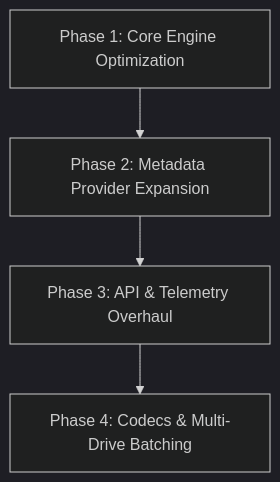
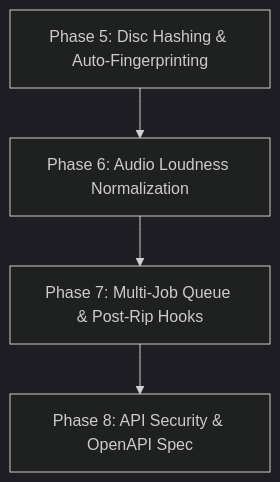
Before and after one commit to clockworkengineer/dvd-ripper: the diagram in refactor_plan.md, drawn with Mermaid (dark theme). The commit also changed other lines of this file and 4 other files, not shown here.

Commit message:
feat: implement Phase 5 (ISO-9660 volume descriptor fingerprinting & local metadata cache)

````diff
--- a/refactor_plan.md
+++ b/refactor_plan.md
@@ -29,6 +38,6 @@
 ```mermaid
 graph TD
-    A["Phase 1: Core Engine Optimization"] --> B["Phase 2: Metadata Provider Expansion"]
-    B --> C["Phase 3: API & Telemetry Overhaul"]
-    C --> D["Phase 4: Codecs & Multi-Drive Batching"]
+    A["Phase 5: Disc Hashing & Auto-Fingerprinting"] --> B["Phase 6: Audio Loudness Normalization"]
+    B --> C["Phase 7: Multi-Job Queue & Post-Rip Hooks"]
+    C --> D["Phase 8: API Security & OpenAPI Spec"]
 ```
````
